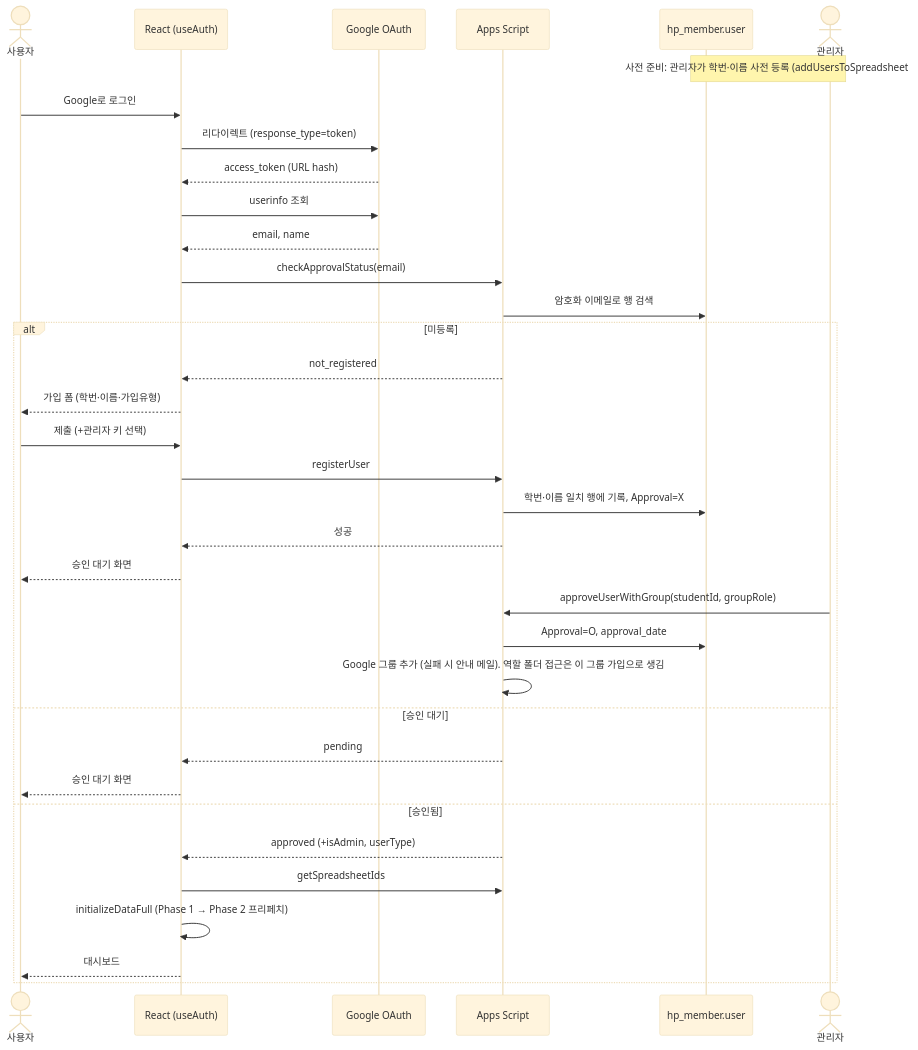
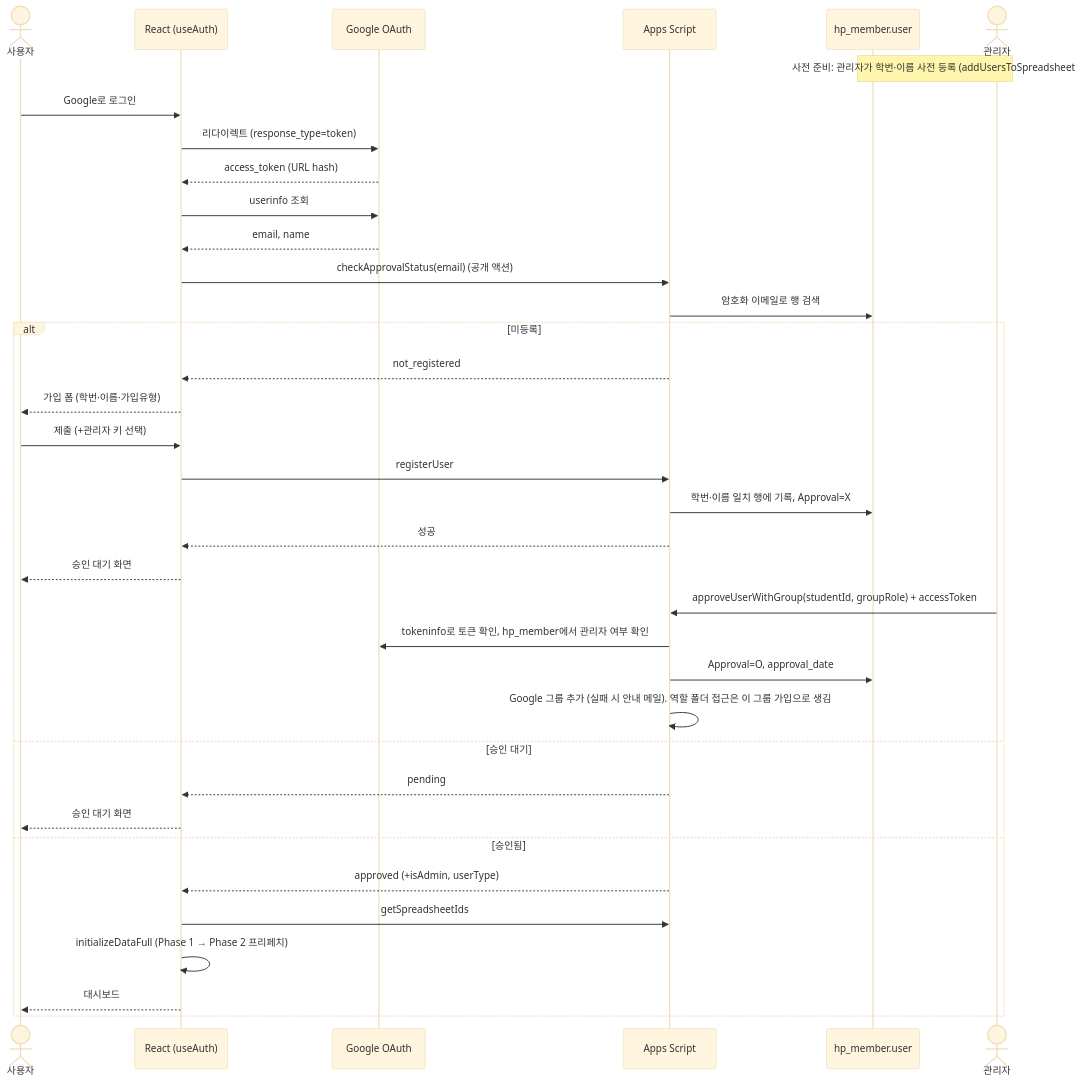
The fourth of 14 diagrams in docs/ARCHITECTURE.md (semicolon213/hot_potato_remake), drawn with Mermaid (base theme) before and after one commit. The commit also changed other lines of this file and 14 other files, not shown here.

````diff
--- a/docs/ARCHITECTURE.md
+++ b/docs/ARCHITECTURE.md
@@ -124,38 +124,39 @@
 ```mermaid
 sequenceDiagram
     actor User as 사용자
     participant FE as React (useAuth)
     participant G as Google OAuth
     participant GAS as Apps Script
     participant S as hp_member.user
     actor Admin as 관리자
 
     Note over Admin,S: 사전 준비: 관리자가 학번·이름 사전 등록 (addUsersToSpreadsheet)
     User->>FE: Google로 로그인
     FE->>G: 리다이렉트 (response_type=token)
     G-->>FE: access_token (URL hash)
     FE->>G: userinfo 조회
     G-->>FE: email, name
-    FE->>GAS: checkApprovalStatus(email)
+    FE->>GAS: checkApprovalStatus(email) (공개 액션)
     GAS->>S: 암호화 이메일로 행 검색
     alt 미등록
         GAS-->>FE: not_registered
         FE-->>User: 가입 폼 (학번·이름·가입유형)
         User->>FE: 제출 (+관리자 키 선택)
         FE->>GAS: registerUser
         GAS->>S: 학번·이름 일치 행에 기록, Approval=X
         GAS-->>FE: 성공
         FE-->>User: 승인 대기 화면
-        Admin->>GAS: approveUserWithGroup(studentId, groupRole)
+        Admin->>GAS: approveUserWithGroup(studentId, groupRole) + accessToken
+        GAS->>G: tokeninfo로 토큰 확인, hp_member에서 관리자 여부 확인
         GAS->>S: Approval=O, approval_date
         GAS->>GAS: Google 그룹 추가 (실패 시 안내 메일). 역할 폴더 접근은 이 그룹 가입으로 생김
     else 승인 대기
         GAS-->>FE: pending
         FE-->>User: 승인 대기 화면
     else 승인됨
         GAS-->>FE: approved (+isAdmin, userType)
         FE->>GAS: getSpreadsheetIds
         FE->>FE: initializeDataFull (Phase 1 → Phase 2 프리페치)
         FE-->>User: 대시보드
     end
 ```
````
